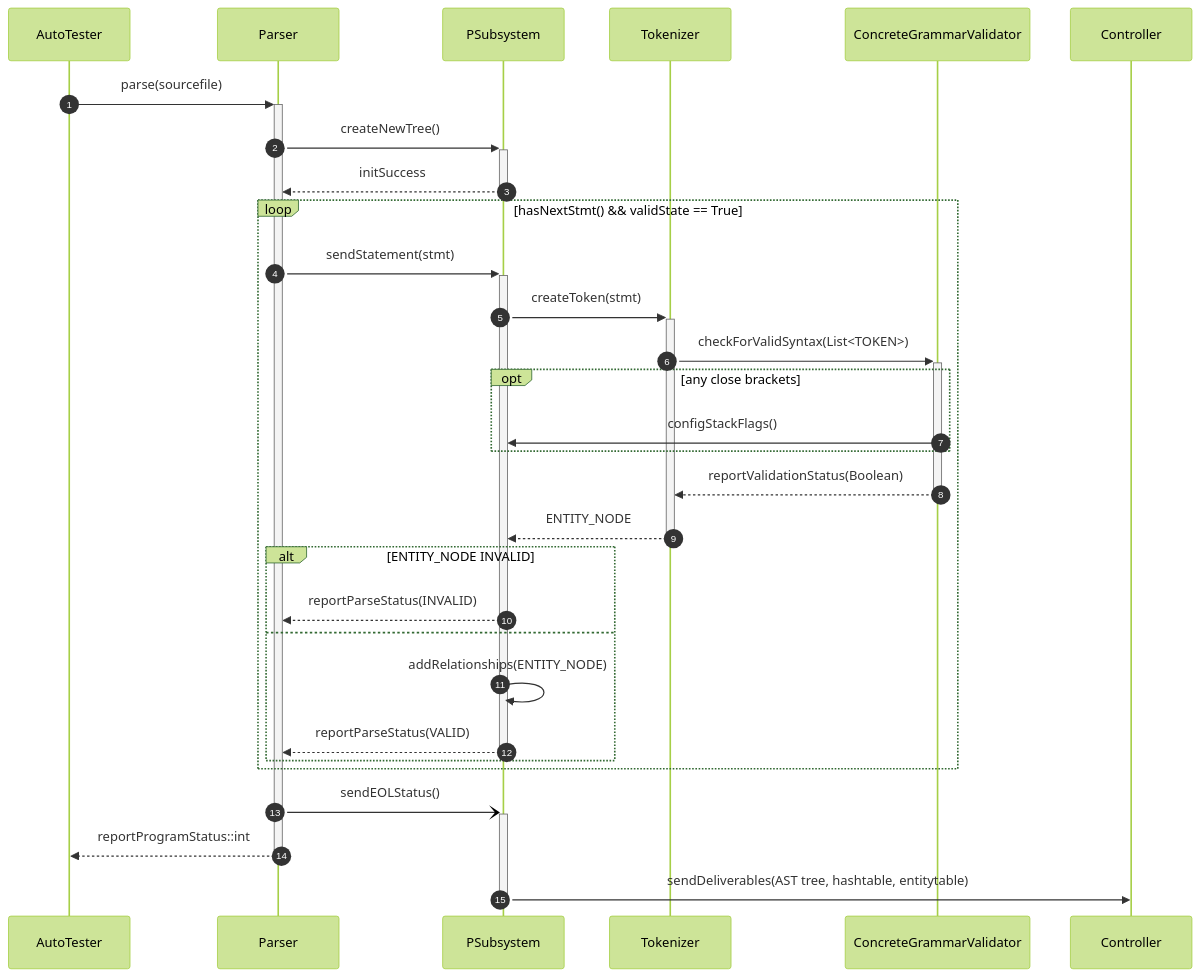
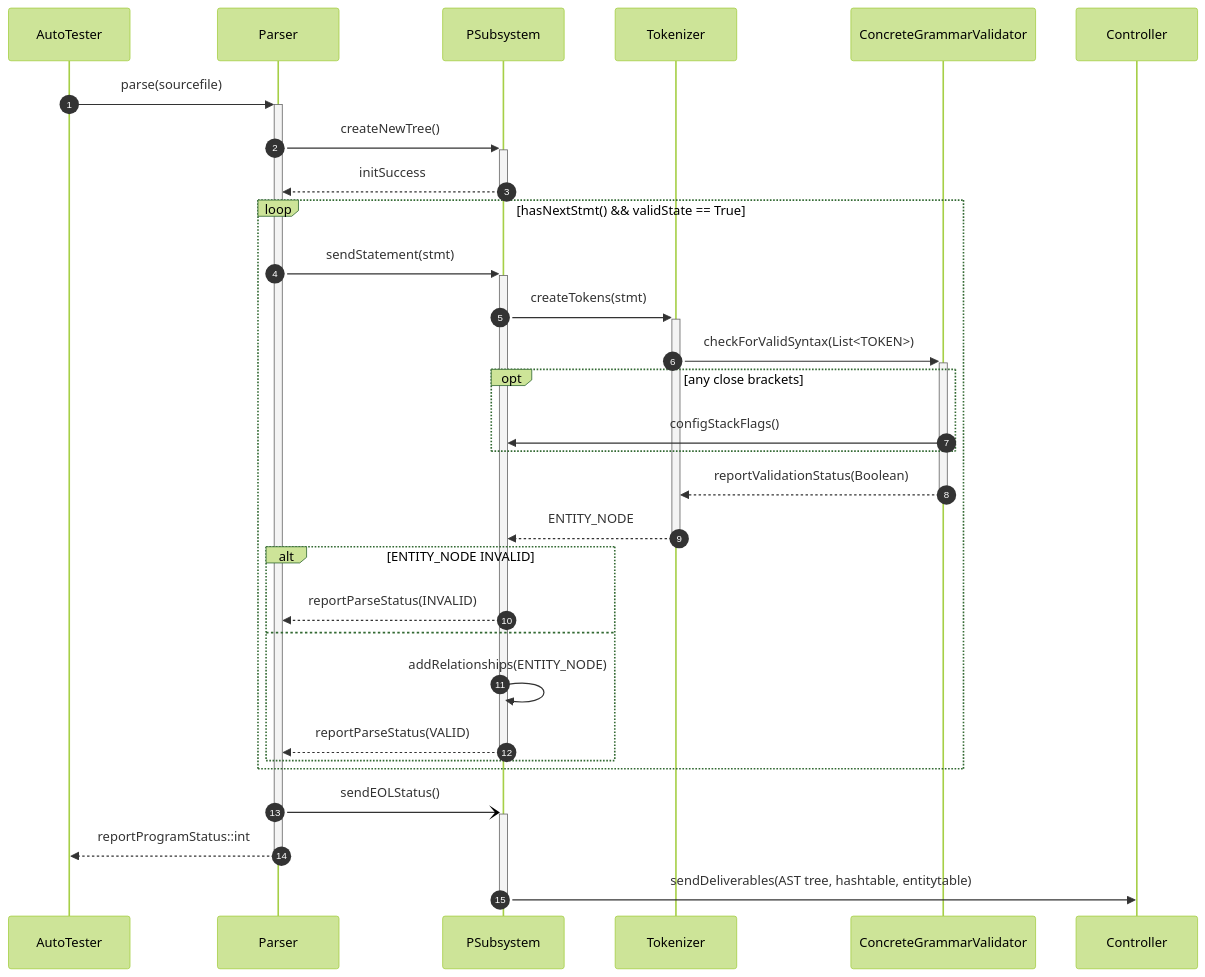
Before and after one commit to rtshkmr/CS3203-StaticProgramAnalyzer: the diagram in docs/sd/ParserToControllerSequence.mmd, drawn with Mermaid (forest theme). The commit also changed 1 other file, not shown here.

```diff
--- a/docs/sd/ParserToControllerSequence.mmd
+++ b/docs/sd/ParserToControllerSequence.mmd
@@ -1,63 +1,63 @@
 sequenceDiagram
     autonumber
     participant AT as AutoTester
     participant P as Parser
     %% subsystem creates nodes and storing AST while the lines are being read 
     %% Psystem contains statement stacks.. 
     participant sub as PSubsystem
     participant Tokenizer
     participant CGV as ConcreteGrammarValidator
     participant C as Controller
 
     %% parser ===> parses the entire program ==> controller 
     %% parser ===> parses the entire program ==> controller 
     
     %% Assumption: This sd only focus on parsing %
     AT ->>+ P: parse(sourcefile)
 
         %% Assumption: P will check correctness while building tree %
 
         P ->>+ sub: createNewTree()
         sub -->>- P: initSuccess
          
         %% statement here refers to the source code in between two semicolons
         %% If validState == false in reportParseStatus(Failure), the loop terminates
         loop hasNextStmt() && validState == True
 
         P ->>+ sub: sendStatement(stmt)
-        sub ->>+ Tokenizer: createToken(stmt)
+        sub ->>+ Tokenizer: createTokens(stmt)
 
         Tokenizer ->>+ CGV: checkForValidSyntax(List<TOKEN>) 
         
         opt any close brackets
         CGV ->>sub: configStackFlags()
         end
 
         CGV -->>- Tokenizer: reportValidationStatus(Boolean)
         
         %% Entity node refers to WHILE/IF/ASSIGN
         %% nb: might need to add in a separate node creator here because there will be multiple types of ENTITY_NODE and having an interface here would be better
         %% a token looks like: (<symbol>, <tokenTag>) brace_open brace_close
         Tokenizer -->>- sub: ENTITY_NODE      
         
             alt ENTITY_NODE INVALID
                 sub -->> P: reportParseStatus(INVALID)
             else
                 %% entity is an Abstract/Parent class here, 
                 %% addRelationships modifies the existing DataStructures we have 
                 %% TODO: discuss the logic behind this 
                 sub ->> sub: addRelationships(ENTITY_NODE) 
                 sub -->>- P: reportParseStatus(VALID)
             end
         end 
 
         P -)+ sub: sendEOLStatus()
         P -->>- AT: reportProgramStatus::int
         
         sub ->>- C: sendDeliverables(AST tree, hashtable, entitytable)
 
         %% Transitive => Parents*, Children* Follows*, FollowedBy* Use, UsedBy, Modifies, ModifiesBy
 
         %% By right, AST should not be used for resolving queries (anything, we try to add aux Data Structures)
 
         %% This program ends when preprocessing is finish %% 
```
